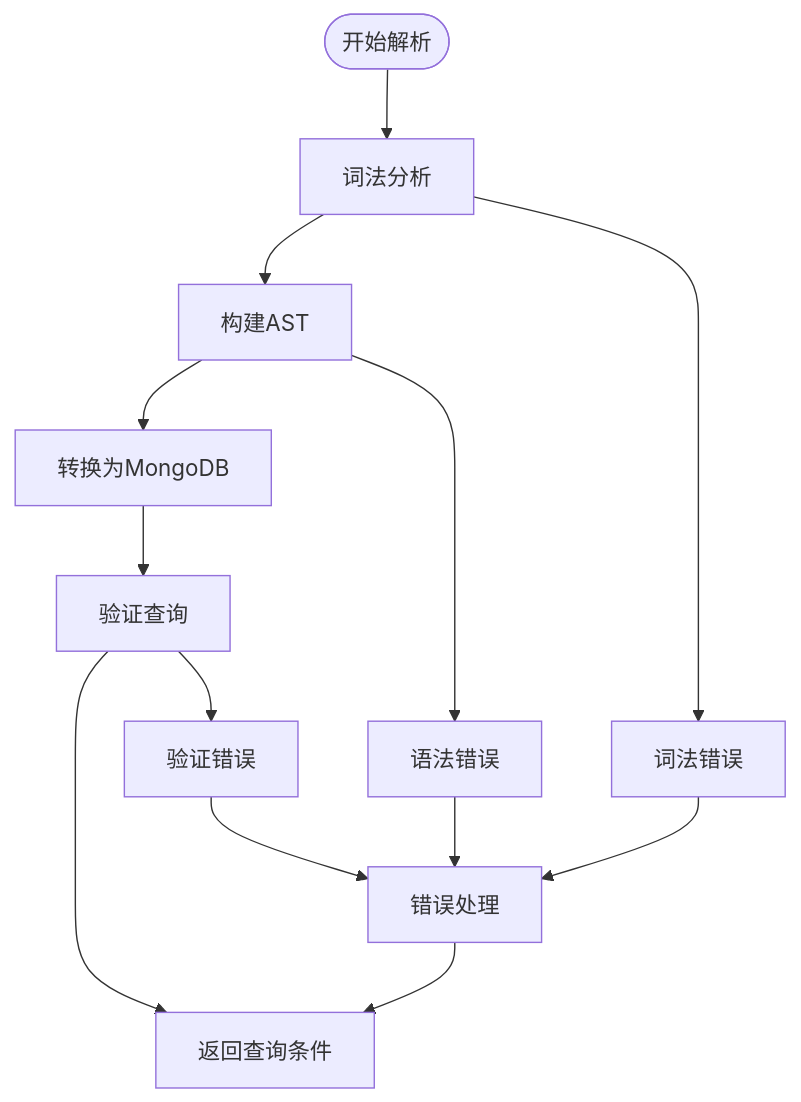
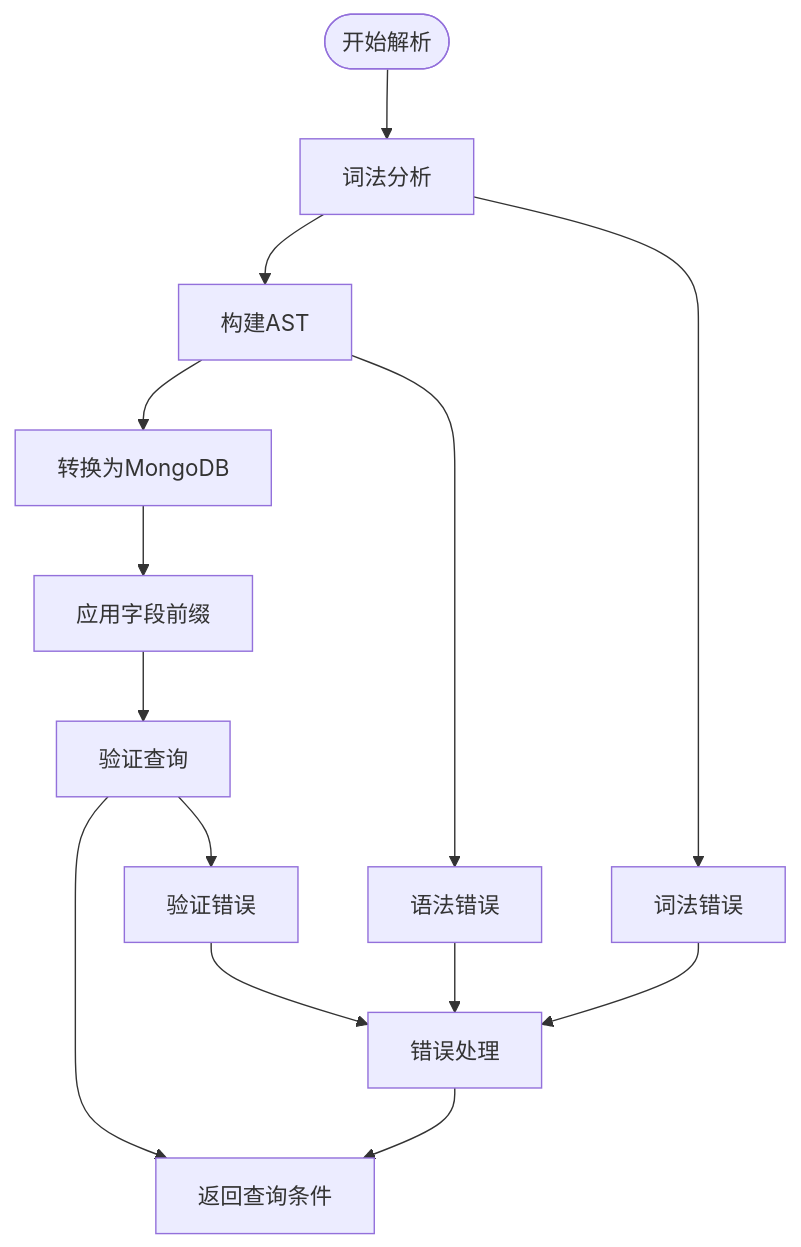
The third of 4 diagrams in .qoder/repowiki/zh/content/JQL查询系统/JQL查询系统.md (mcliangload/datacenter), drawn with Mermaid before and after one commit. The commit also changed other lines of this file and 6 other files, not shown here.

````diff
--- a/.qoder/repowiki/zh/content/JQL查询系统/JQL查询系统.md
+++ b/.qoder/repowiki/zh/content/JQL查询系统/JQL查询系统.md
@@ -198,15 +257,16 @@
 ```mermaid
 flowchart TD
 Start([开始解析]) --> Tokenize[词法分析]
 Tokenize --> BuildAST[构建AST]
 BuildAST --> ConvertMongoDB[转换为MongoDB]
-ConvertMongoDB --> Validate[验证查询]
+ConvertMongoDB --> PrefixFields[应用字段前缀]
+PrefixFields --> Validate[验证查询]
 Validate --> Result[返回查询条件]
 Tokenize --> Error1[词法错误]
 BuildAST --> Error2[语法错误]
 Validate --> Error3[验证错误]
 Error1 --> ErrorHandler[错误处理]
 Error2 --> ErrorHandler
 Error3 --> ErrorHandler
 ErrorHandler --> Result
 ```
````
